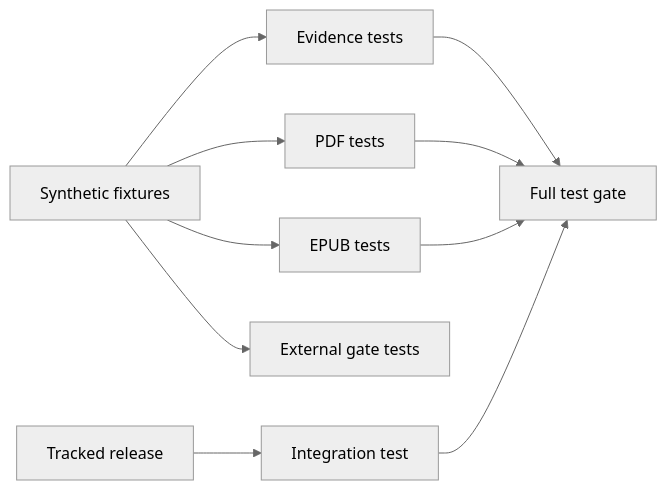
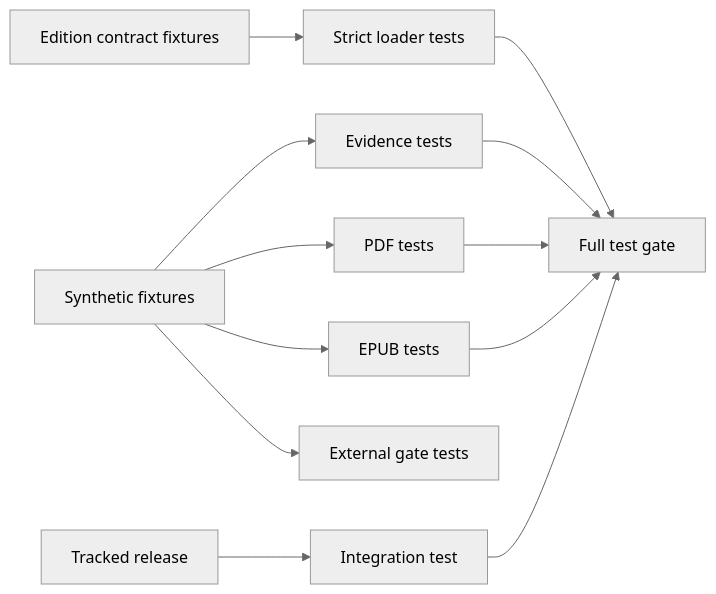
One commit to streamentry/streamentry changed the first of 5 diagrams in tests/AGENTS.md. Above: the diagram before and after it, drawn with Mermaid (neutral theme). The commit also changed other lines of this file and 30 other files, not shown here.

Commit message:
Centralize edition and locale publication contract

````diff
--- a/tests/AGENTS.md
+++ b/tests/AGENTS.md
@@ -22,12 +28,14 @@
 ```mermaid
 flowchart LR
+  C["Edition contract fixtures"] --> D["Strict loader tests"]
   F["Synthetic fixtures"] --> E["Evidence tests"]
   F --> P["PDF tests"]
   F --> U["EPUB tests"]
   F --> X["External gate tests"]
   R["Tracked release"] --> I["Integration test"]
   E --> G["Full test gate"]
+  D --> G
   P --> G
   U --> G
   I --> G
 ```
````
